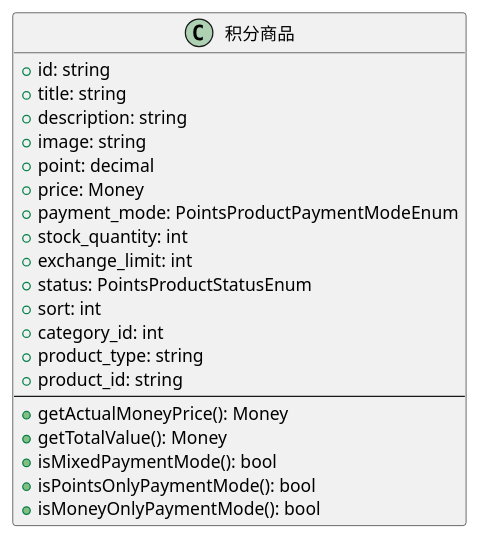
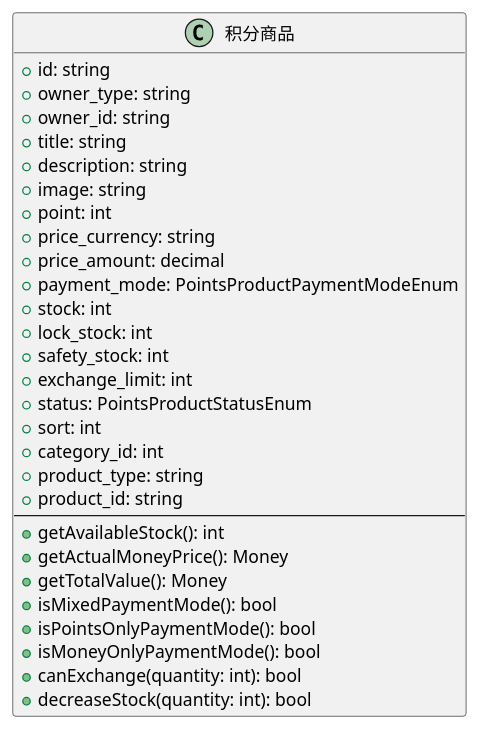
Before and after one commit to red-jasmine/framework: the first of 12 diagrams in docs/points-mall/index.md, drawn with PlantUML. The commit also changed other lines of this file and 3 other files, not shown here.

````diff
--- a/docs/points-mall/index.md
+++ b/docs/points-mall/index.md
@@ -39,24 +43,32 @@
 ```plantuml
 class 积分商品 {
   +id: string
+  +owner_type: string
+  +owner_id: string
   +title: string
   +description: string
   +image: string
-  +point: decimal
-  +price: Money
+  +point: int
+  +price_currency: string
+  +price_amount: decimal
   +payment_mode: PointsProductPaymentModeEnum
-  +stock_quantity: int
+  +stock: int
+  +lock_stock: int
+  +safety_stock: int
   +exchange_limit: int
   +status: PointsProductStatusEnum
   +sort: int
   +category_id: int
   +product_type: string
   +product_id: string
   --
+  +getAvailableStock(): int
   +getActualMoneyPrice(): Money
   +getTotalValue(): Money
   +isMixedPaymentMode(): bool
   +isPointsOnlyPaymentMode(): bool
   +isMoneyOnlyPaymentMode(): bool
+  +canExchange(quantity: int): bool
+  +decreaseStock(quantity: int): bool
 }
 ```
````
